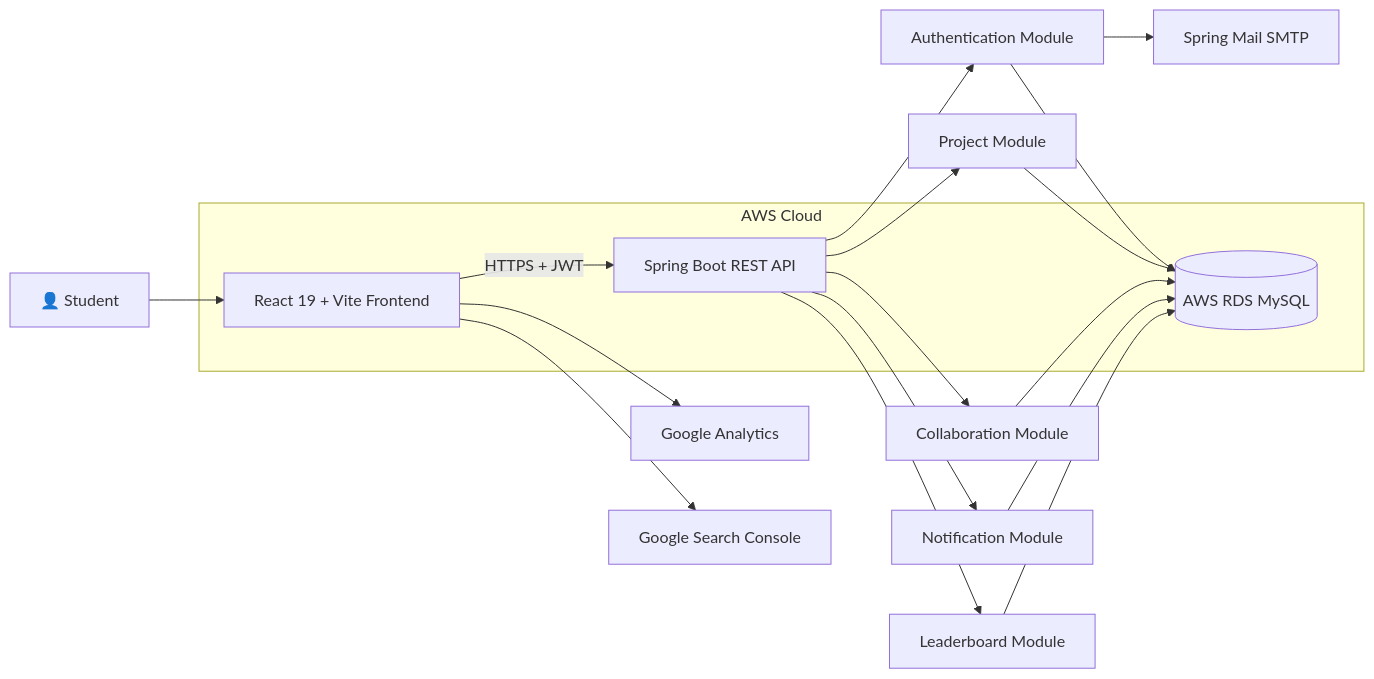
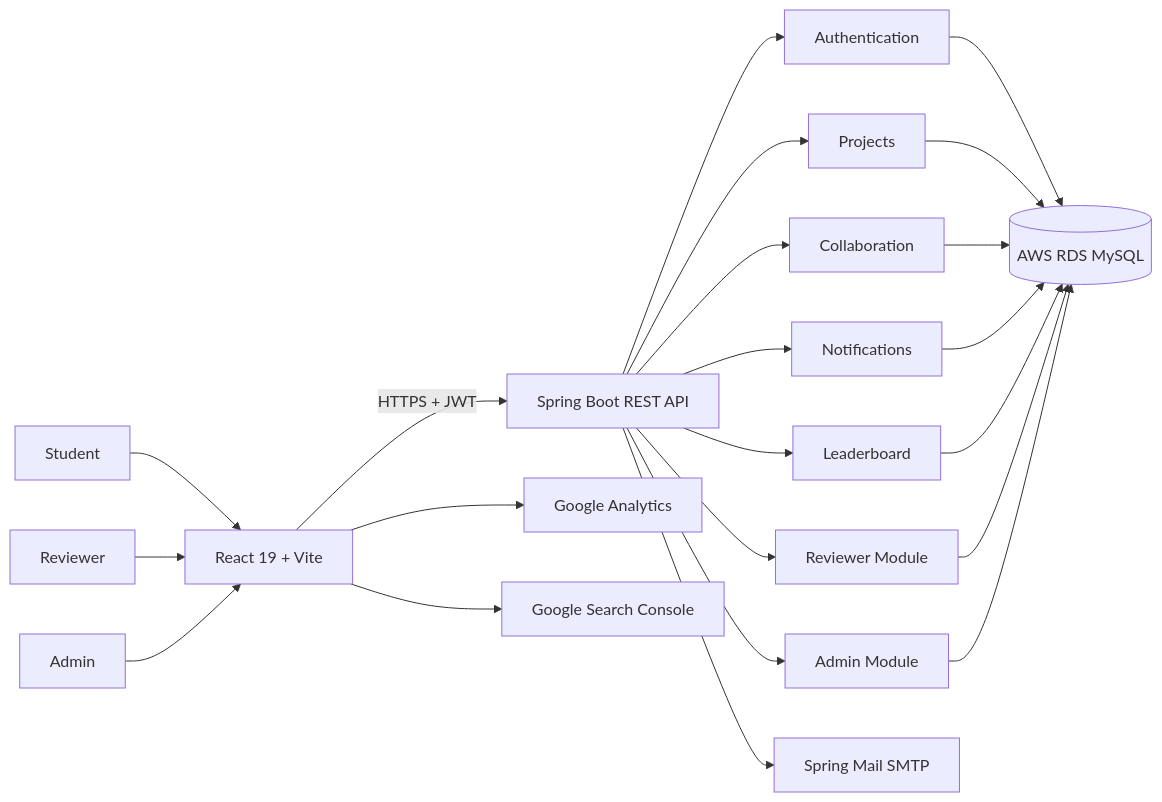
Before and after one commit to PraveenReddy-06/KlInnovationHub: the third of 6 diagrams in README.md, drawn with Mermaid. The commit also changed other lines of this file, not shown here.

````diff
--- a/README.md
+++ b/README.md
@@ -484,31 +771,34 @@
 ```mermaid
 flowchart LR
 
-A[👤 Student]
+S[Student]
+R[Reviewer]
+A[Admin]
 
-A --> B[React 19 + Vite Frontend]
-B -->|HTTPS + JWT| C[Spring Boot REST API]
+S --> F[React 19 + Vite]
+R --> F
+A --> F
 
-C --> D[Authentication Module]
-C --> E[Project Module]
-C --> F[Collaboration Module]
-C --> G[Notification Module]
-C --> H[Leaderboard Module]
+F -->|HTTPS + JWT| B[Spring Boot REST API]
 
-D --> I[(AWS RDS MySQL)]
-E --> I
-F --> I
-G --> I
-H --> I
+B --> AU[Authentication]
+B --> P[Projects]
+B --> C[Collaboration]
+B --> N[Notifications]
+B --> L[Leaderboard]
+B --> RV[Reviewer Module]
+B --> AD[Admin Module]
 
-D --> J[Spring Mail SMTP]
+AU --> DB[(AWS RDS MySQL)]
+P --> DB
+C --> DB
+N --> DB
+L --> DB
+RV --> DB
+AD --> DB
 
-B --> K[Google Analytics]
-B --> L[Google Search Console]
+B --> M[Spring Mail SMTP]
 
-subgraph AWS Cloud
-B
-C
-I
-end
+F --> GA[Google Analytics]
+F --> SC[Google Search Console]
 ```
````
